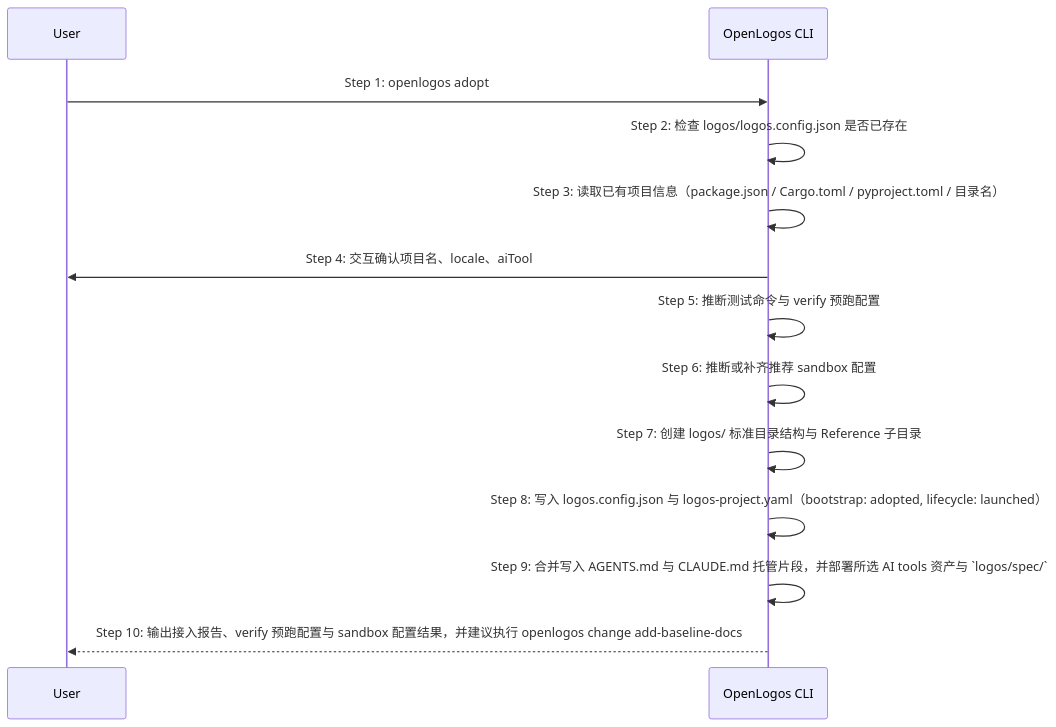
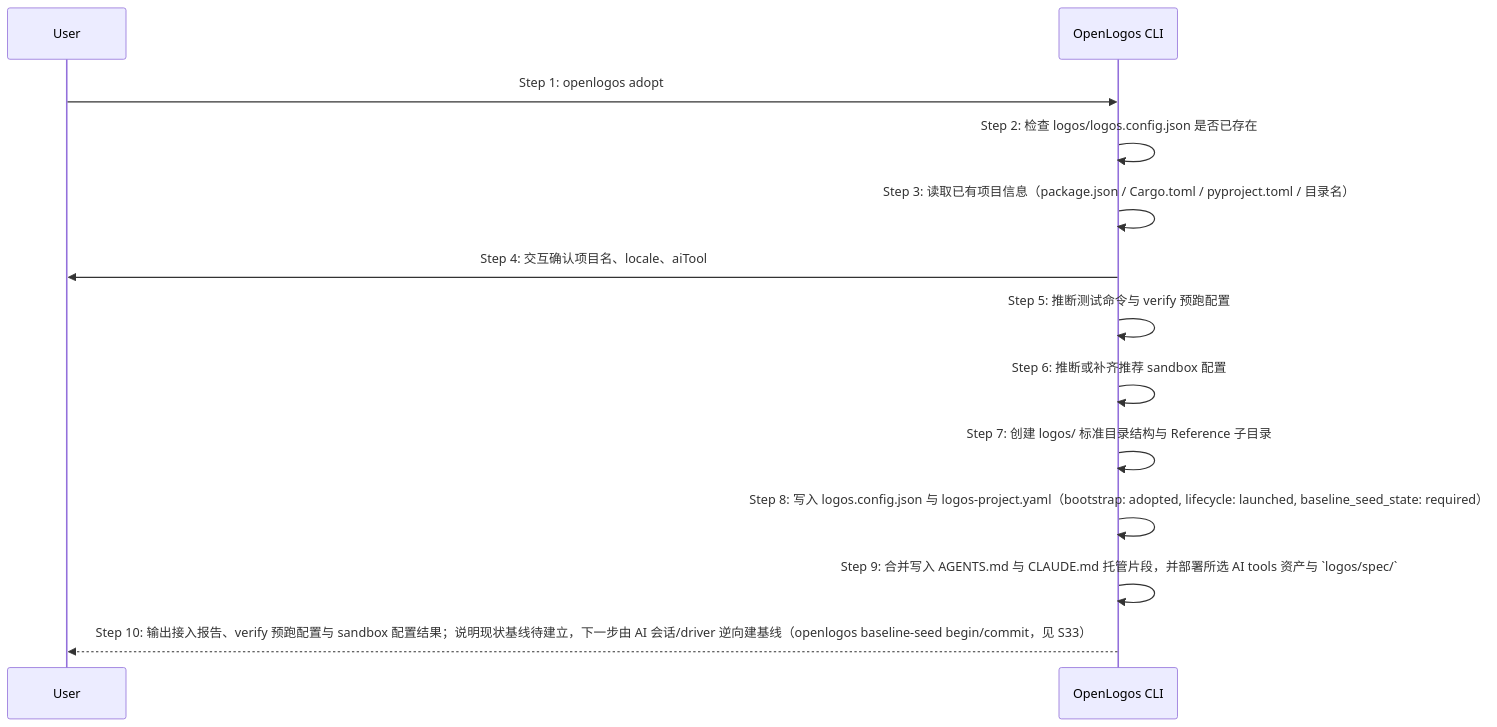
Before and after one commit to miniidealab/openlogos: the diagram in logos/resources/prd/3-technical-plan/2-scenario-implementation/core-S20-adopt-existing-project.md, drawn with Mermaid. The commit also changed other lines of this file and 5 other files, not shown here.

````diff
--- a/logos/resources/prd/3-technical-plan/2-scenario-implementation/core-S20-adopt-existing-project.md
+++ b/logos/resources/prd/3-technical-plan/2-scenario-implementation/core-S20-adopt-existing-project.md
@@ -4,16 +4,16 @@
 ```mermaid
 sequenceDiagram
     participant U as User
     participant C as OpenLogos CLI
 
     U->>C: Step 1: openlogos adopt
     C->>C: Step 2: 检查 logos/logos.config.json 是否已存在
     C->>C: Step 3: 读取已有项目信息（package.json / Cargo.toml / pyproject.toml / 目录名）
     C->>U: Step 4: 交互确认项目名、locale、aiTool
     C->>C: Step 5: 推断测试命令与 verify 预跑配置
     C->>C: Step 6: 推断或补齐推荐 sandbox 配置
     C->>C: Step 7: 创建 logos/ 标准目录结构与 Reference 子目录
-    C->>C: Step 8: 写入 logos.config.json 与 logos-project.yaml（bootstrap: adopted, lifecycle: launched）
+    C->>C: Step 8: 写入 logos.config.json 与 logos-project.yaml（bootstrap: adopted, lifecycle: launched, baseline_seed_state: required）
     C->>C: Step 9: 合并写入 AGENTS.md 与 CLAUDE.md 托管片段，并部署所选 AI tools 资产与 `logos/spec/`
-    C-->>U: Step 10: 输出接入报告、verify 预跑配置与 sandbox 配置结果，并建议执行 openlogos change add-baseline-docs
+    C-->>U: Step 10: 输出接入报告、verify 预跑配置与 sandbox 配置结果；说明现状基线待建立，下一步由 AI 会话/driver 逆向建基线（openlogos baseline-seed begin/commit，见 S33）
 ```
````
